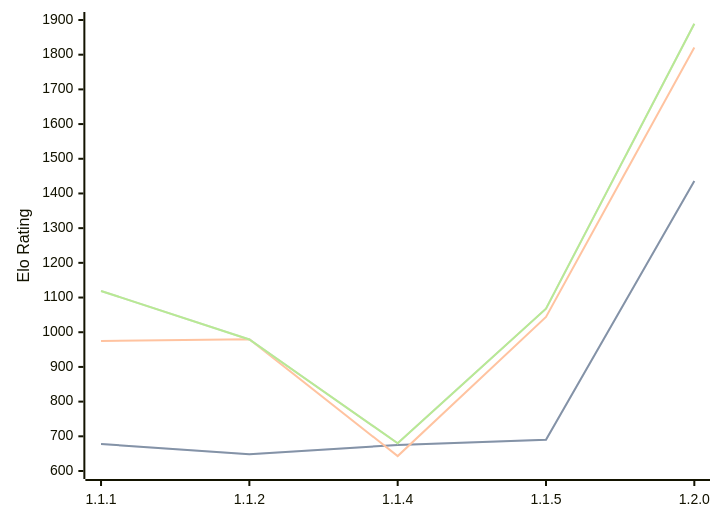
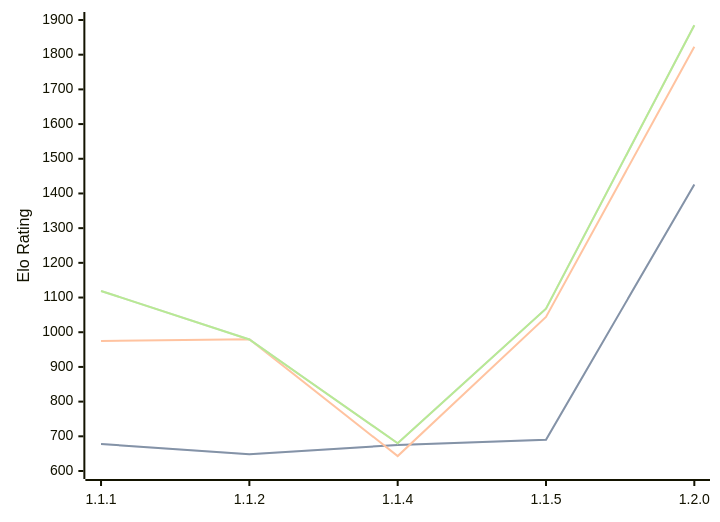
The third of 3 diagrams in engines/ChessCore.md (computer-chess-index/cci), drawn with Mermaid before and after one commit. The commit also changed other lines of this file, not shown here.

Commit message:
Update CCI Ratings (ELO VLTC) - 2026-07-06

````diff
--- a/engines/ChessCore.md
+++ b/engines/ChessCore.md
@@ -69,11 +69,11 @@
 ```mermaid
 %%{init: {"theme":"base","themeVariables":{"seriesColors:['#a3a3a3','#222221','#faa371']}}}%%
 xychart-beta
   x-axis ["1.1.1", "1.1.2", "1.1.4", "1.1.5", "1.2.0"]
   y-axis "Elo Rating" 600 --> 1900
-  line "STC (8.0+0.08s)" [678, 648, 675, 690, 1436]
-  line "STC (8.0+0.08s)" [678, 648, 675, 690, 1436]
-  line "LTC (60.0+0.60s)" [975, 980, 643, 1044, 1821]
-  line "VLTC (2m24s+1.12s)" [1119, 979, 680, 1068, 1889]
-  line "VLTC (2m24s+1.12s)" [1119, 979, 680, 1068, 1889]
+  line "STC (8.0+0.08s)" [678, 648, 675, 690, 1426]
+  line "STC (8.0+0.08s)" [678, 648, 675, 690, 1426]
+  line "LTC (60.0+0.60s)" [975, 980, 643, 1044, 1823]
+  line "VLTC (2m24s+1.12s)" [1119, 979, 680, 1068, 1885]
+  line "VLTC (2m24s+1.12s)" [1119, 979, 680, 1068, 1885]
 ```
````
